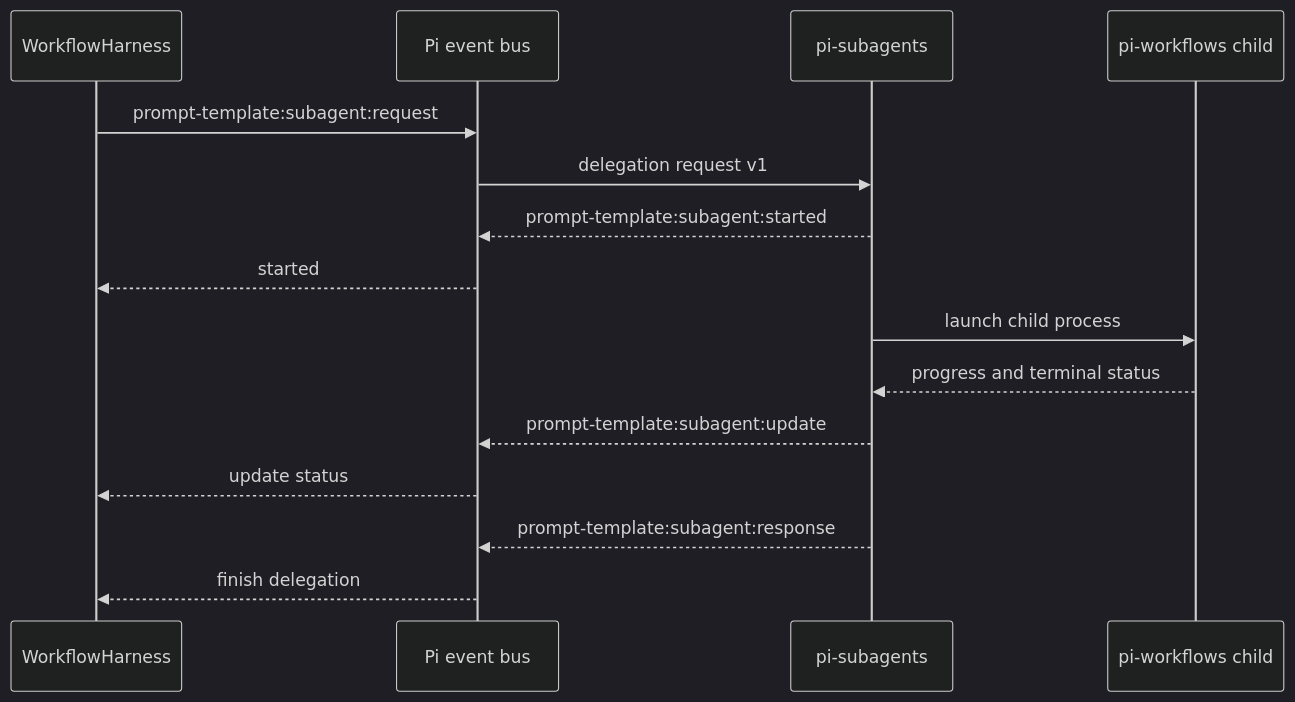
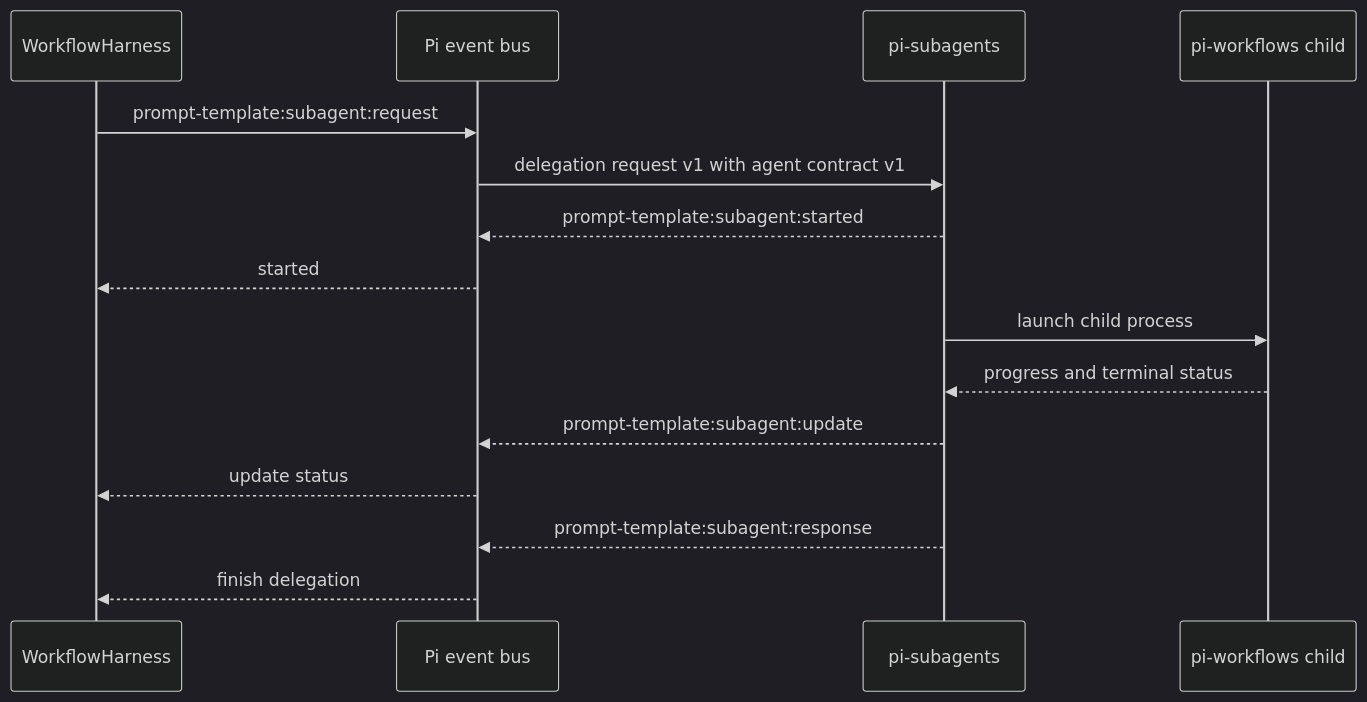
One commit to wichayutdew/pi-workflows changed the first of 6 diagrams in openwiki/integrations/subagents.md. Above: the diagram before and after it, drawn with Mermaid (dark theme). The commit also changed other lines of this file and 57 other files, not shown here.

````diff
--- a/openwiki/integrations/subagents.md
+++ b/openwiki/integrations/subagents.md
@@ -12,18 +16,18 @@
 ```mermaid
 sequenceDiagram
   participant Harness as WorkflowHarness
   participant Bus as Pi event bus
   participant Sub as pi-subagents
   participant Child as pi-workflows child
 
   Harness->>Bus: prompt-template:subagent:request
-  Bus->>Sub: delegation request v1
+  Bus->>Sub: delegation request v1 with agent contract v1
   Sub-->>Bus: prompt-template:subagent:started
   Bus-->>Harness: started
   Sub->>Child: launch child process
   Child-->>Sub: progress and terminal status
   Sub-->>Bus: prompt-template:subagent:update
   Bus-->>Harness: update status
   Sub-->>Bus: prompt-template:subagent:response
   Bus-->>Harness: finish delegation
 ```
````
